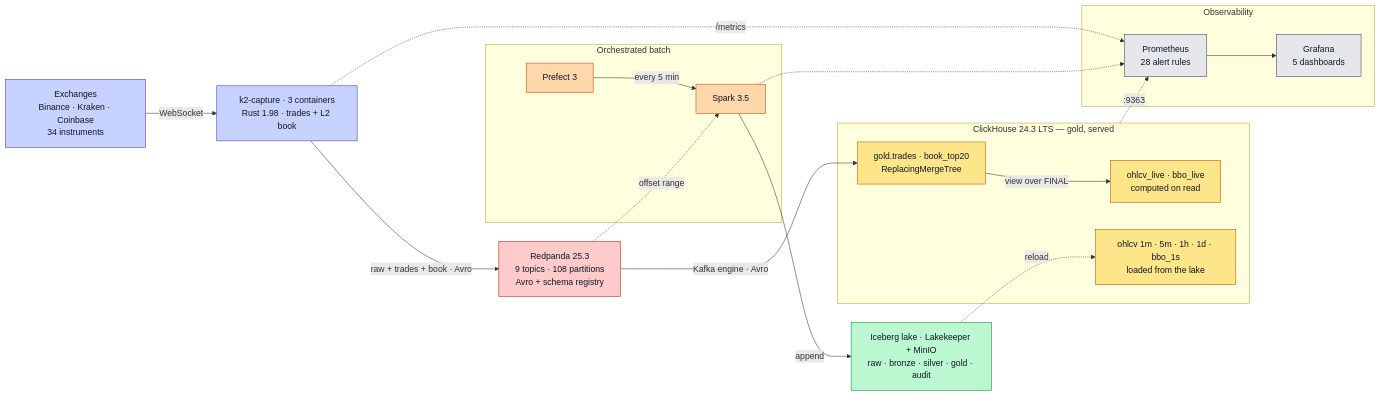
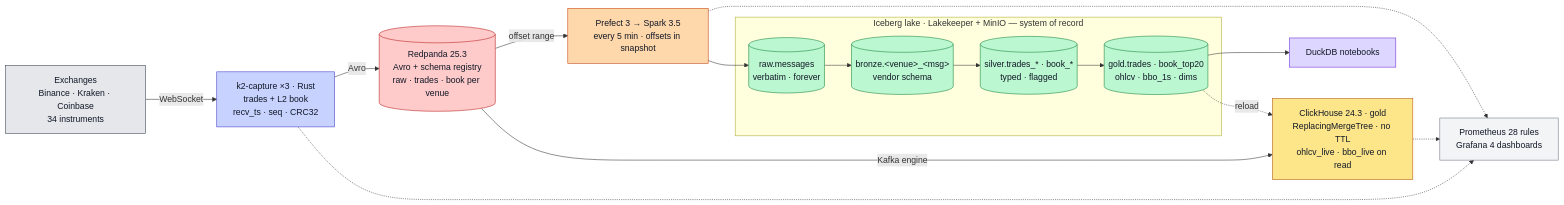
Before and after one commit to rjdscott/k2-market-data-platform: the diagram in README.md, drawn with Mermaid. The commit also changed other lines of this file and 3 other files, not shown here.

First line of the commit message:
docs: rewrite README and architecture README to the v3 as-built stack (#105)

````diff
--- a/README.md
+++ b/README.md
@@ -39,40 +32,32 @@
 ```mermaid
 flowchart LR
-  E["Exchanges<br/>Binance · Kraken · Coinbase<br/>34 instruments"]:::kt
-  F["k2-capture · 3 containers<br/>Rust 1.98 · trades + L2 book"]:::kt
-  R["Redpanda 25.3<br/>9 topics · 108 partitions<br/>Avro + schema registry"]:::rp
-  subgraph CH["ClickHouse 24.3 LTS — gold, served"]
-    B["gold.trades · book_top20<br/>ReplacingMergeTree"]:::ch
-    S["ohlcv_live · bbo_live<br/>computed on read"]:::ch
-    G["ohlcv 1m · 5m · 1h · 1d · bbo_1s<br/>loaded from the lake"]:::ch
+  E["Exchanges<br/>Binance · Kraken · Coinbase<br/>34 instruments"]:::ex
+  F["k2-capture ×3 · Rust<br/>trades + L2 book<br/>recv_ts · seq · CRC32"]:::rs
+  R[("Redpanda 25.3<br/>Avro + schema registry<br/>raw · trades · book per venue")]:::rp
+  subgraph L["Iceberg lake · Lakekeeper + MinIO — system of record"]
+    RAW[("raw.messages<br/>verbatim · forever")]:::lk
+    BR[("bronze.&lt;venue&gt;_&lt;msg&gt;<br/>vendor schema")]:::lk
+    SV[("silver.trades_* · book_*<br/>typed · flagged")]:::lk
+    GD[("gold.trades · book_top20<br/>ohlcv · bbo_1s · dims")]:::lk
   end
-  subgraph BATCH["Orchestrated batch"]
-    P["Prefect 3"]:::sp
-    K["Spark 3.5"]:::sp
-  end
-  I["Iceberg lake · Lakekeeper + MinIO<br/>raw · bronze · silver · gold · audit"]:::st
-  subgraph OBS["Observability"]
-    M["Prometheus<br/>28 alert rules"]:::ob
-    D["Grafana<br/>5 dashboards"]:::ob
-  end
+  S["Prefect 3 → Spark 3.5<br/>every 5 min · offsets in snapshot"]:::sp
+  C["ClickHouse 24.3 · gold<br/>ReplacingMergeTree · no TTL<br/>ohlcv_live · bbo_live on read"]:::ch
+  N["DuckDB notebooks"]:::nb
+  O["Prometheus 28 rules<br/>Grafana 4 dashboards"]:::ob
 
-  E -->|WebSocket| F
-  F -->|"raw + trades + book · Avro"| R
-  R -->|"Kafka engine · Avro"| B
-  B -->|view over FINAL| S
-  P -->|every 5 min| K
-  R -.->|"offset range"| K
-  K -->|append| I
-  I -.->|reload| G
-  F -.->|/metrics| M
-  CH -.->|:9363| M
-  K -.-> M
-  M --> D
+  E -->|WebSocket| F -->|Avro| R
+  R -->|offset range| S --> RAW --> BR --> SV --> GD
+  R -->|Kafka engine| C
+  GD -.->|reload| C
+  GD --> N
+  F & C & S -.-> O
 
-  classDef kt fill:#c7d2fe,stroke:#4338ca,color:#111827
+  classDef ex fill:#e5e7eb,stroke:#374151,color:#111827
+  classDef rs fill:#c7d2fe,stroke:#4338ca,color:#111827
   classDef rp fill:#fecaca,stroke:#b91c1c,color:#111827
+  classDef lk fill:#bbf7d0,stroke:#15803d,color:#111827
+  classDef sp fill:#fed7aa,stroke:#c2410c,color:#111827
   classDef ch fill:#fde68a,stroke:#b45309,color:#111827
-  classDef sp fill:#fed7aa,stroke:#c2410c,color:#111827
-  classDef st fill:#bbf7d0,stroke:#15803d,color:#111827
-  classDef ob fill:#e5e7eb,stroke:#374151,color:#111827
+  classDef nb fill:#ddd6fe,stroke:#6d28d9,color:#111827
+  classDef ob fill:#f3f4f6,stroke:#6b7280,color:#111827
 ```
````
